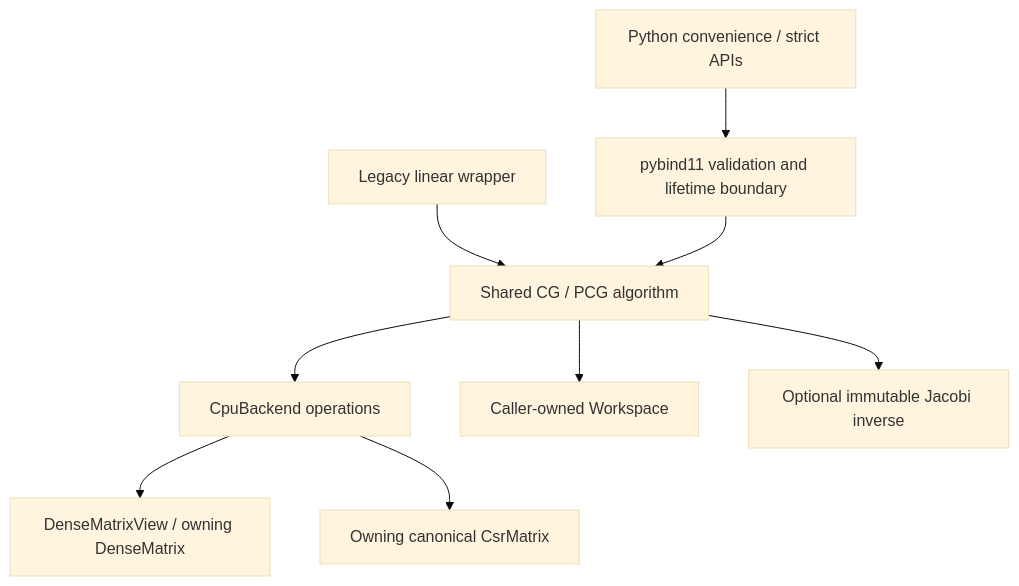
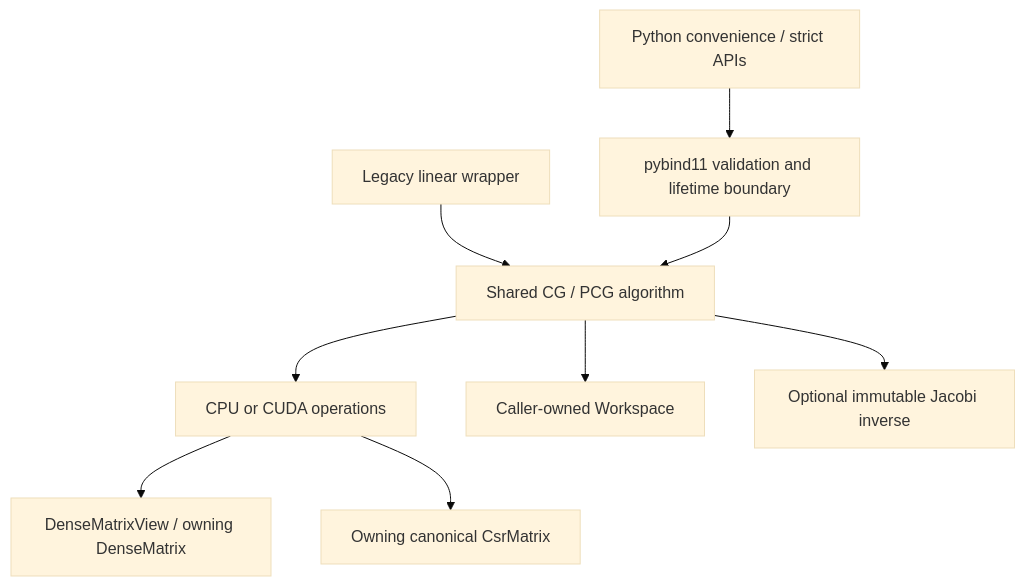
Before and after one commit to ThreeMonth03/Conjugate-Gradient-Method-library: the diagram in docs/architecture.md, drawn with Mermaid (base theme). The commit also changed other lines of this file and 43 other files, not shown here.

Commit message:
Add explicit CUDA solver backends and reproducible GPU profiling

````diff
--- a/docs/architecture.md
+++ b/docs/architecture.md
@@ -5,11 +5,11 @@
 ```mermaid
 flowchart TD
     Python[Python convenience / strict APIs] --> Binding[pybind11 validation and lifetime boundary]
     Legacy[Legacy linear wrapper] --> Solver[Shared CG / PCG algorithm]
     Binding --> Solver
-    Solver --> Backend[CpuBackend operations]
+    Solver --> Backend[CPU or CUDA operations]
     Solver --> Workspace[Caller-owned Workspace]
     Solver --> Jacobi[Optional immutable Jacobi inverse]
     Backend --> Dense[DenseMatrixView / owning DenseMatrix]
     Backend --> CSR[Owning canonical CsrMatrix]
 ```
````
